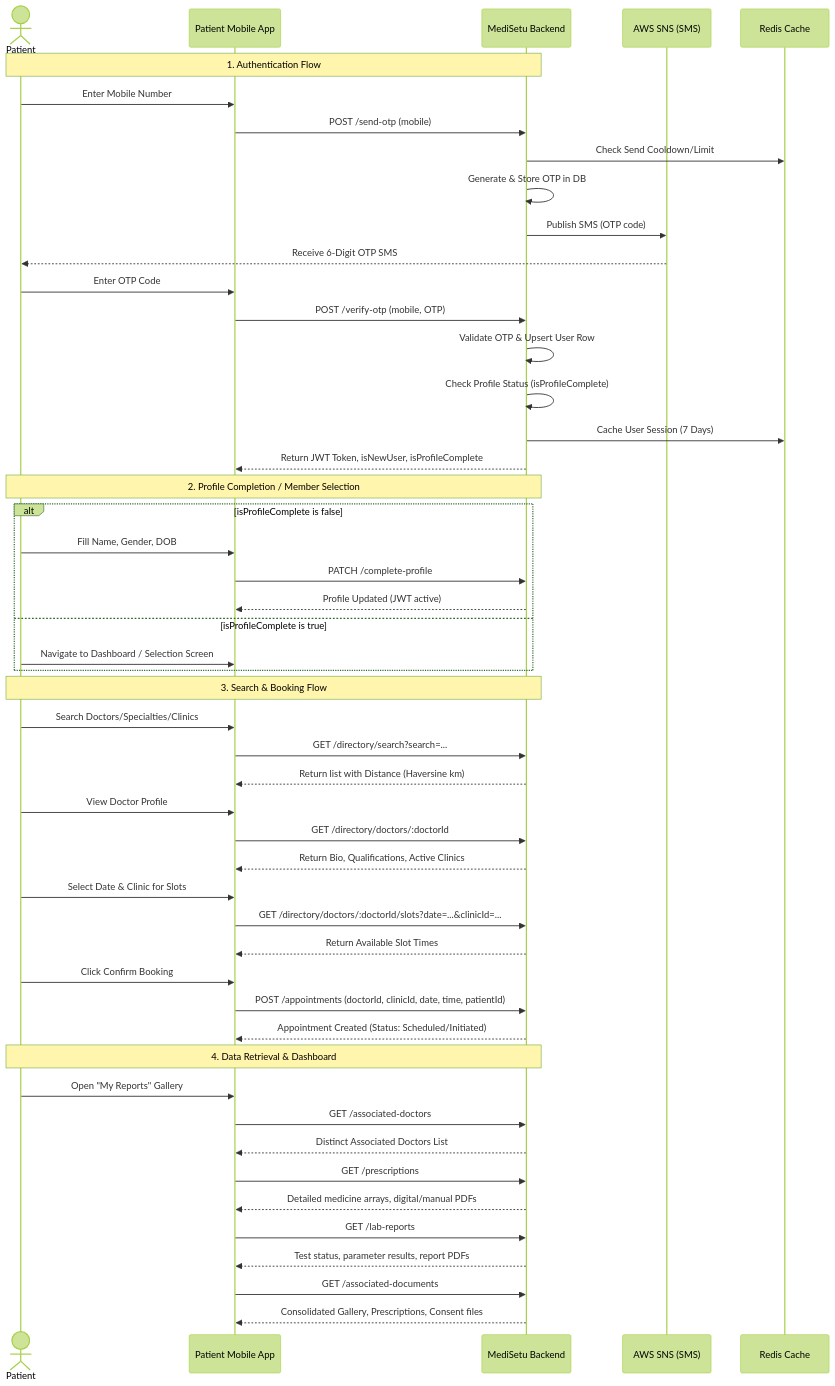
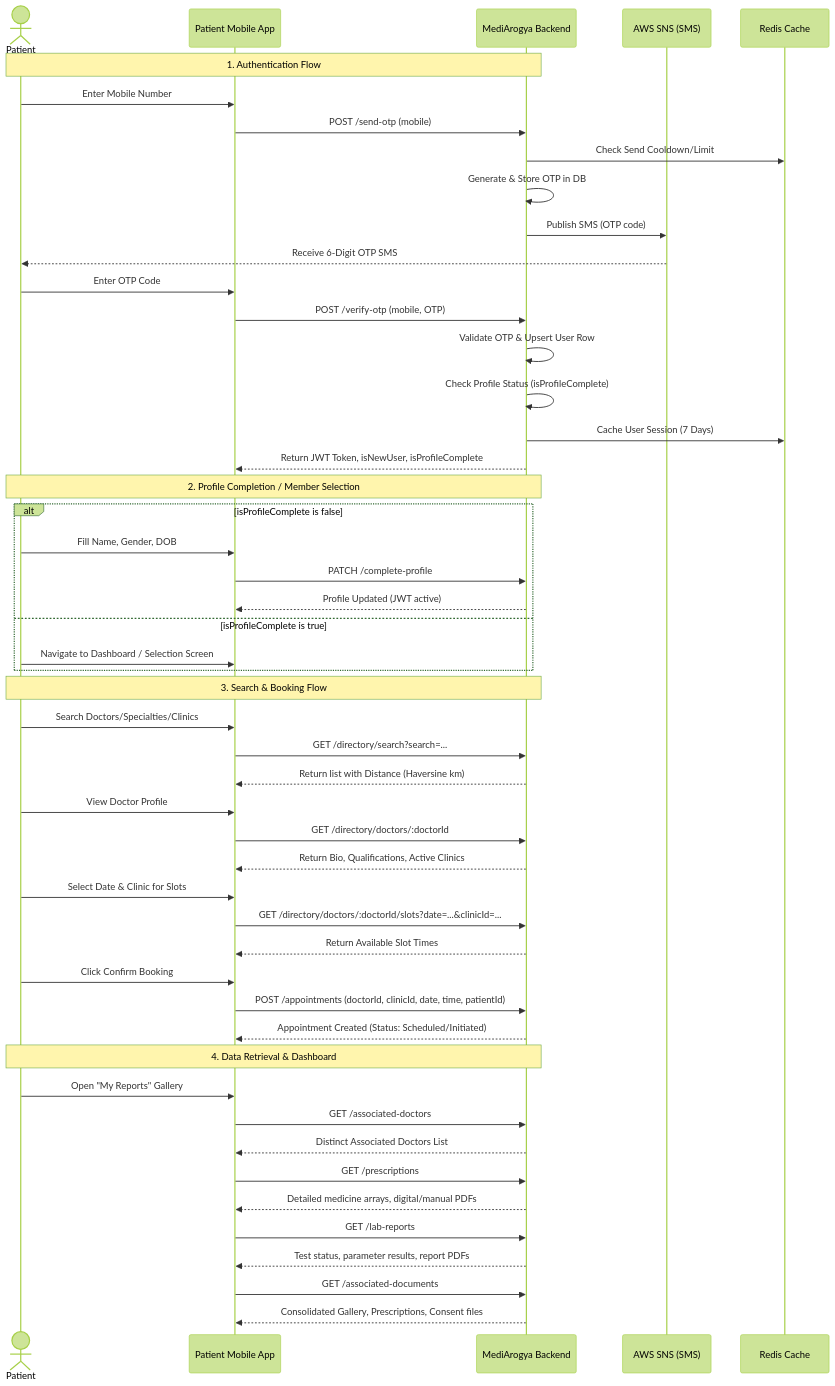
Before and after one commit to Ajaybhadoria1993/medical-backend: the diagram in docs/patient/PATIENT_FLOW_API_REFERENCE.md, drawn with Mermaid (forest theme). The commit also changed other lines of this file and 45 other files, not shown here.

````diff
--- a/docs/patient/PATIENT_FLOW_API_REFERENCE.md
+++ b/docs/patient/PATIENT_FLOW_API_REFERENCE.md
@@ -11,60 +11,60 @@
 ```mermaid
 sequenceDiagram
     actor Patient
     participant App as Patient Mobile App
-    participant BE as MediSetu Backend
+    participant BE as MediArogya Backend
     participant SNS as AWS SNS (SMS)
     participant Redis as Redis Cache
 
     %% Authentication Flow
     Note over Patient, BE: 1. Authentication Flow
     Patient->>App: Enter Mobile Number
     App->>BE: POST /send-otp (mobile)
     BE->>Redis: Check Send Cooldown/Limit
     BE->>BE: Generate & Store OTP in DB
     BE->>SNS: Publish SMS (OTP code)
     SNS-->>Patient: Receive 6-Digit OTP SMS
     Patient->>App: Enter OTP Code
     App->>BE: POST /verify-otp (mobile, OTP)
     BE->>BE: Validate OTP & Upsert User Row
     BE->>BE: Check Profile Status (isProfileComplete)
     BE->>Redis: Cache User Session (7 Days)
     BE-->>App: Return JWT Token, isNewUser, isProfileComplete
     
     %% Profile Completion Flow
     Note over Patient, BE: 2. Profile Completion / Member Selection
     alt isProfileComplete is false
         Patient->>App: Fill Name, Gender, DOB
         App->>BE: PATCH /complete-profile
         BE-->>App: Profile Updated (JWT active)
     else isProfileComplete is true
         Patient->>App: Navigate to Dashboard / Selection Screen
     end
 
     %% Directory Search & Booking Flow
     Note over Patient, BE: 3. Search & Booking Flow
     Patient->>App: Search Doctors/Specialties/Clinics
     App->>BE: GET /directory/search?search=...
     BE-->>App: Return list with Distance (Haversine km)
     Patient->>App: View Doctor Profile
     App->>BE: GET /directory/doctors/:doctorId
     BE-->>App: Return Bio, Qualifications, Active Clinics
     Patient->>App: Select Date & Clinic for Slots
     App->>BE: GET /directory/doctors/:doctorId/slots?date=...&clinicId=...
     BE-->>App: Return Available Slot Times
     Patient->>App: Click Confirm Booking
     App->>BE: POST /appointments (doctorId, clinicId, date, time, patientId)
     BE-->>App: Appointment Created (Status: Scheduled/Initiated)
 
     %% Data Retrieval Flow
     Note over Patient, BE: 4. Data Retrieval & Dashboard
     Patient->>App: Open "My Reports" Gallery
     App->>BE: GET /associated-doctors
     BE-->>App: Distinct Associated Doctors List
     App->>BE: GET /prescriptions
     BE-->>App: Detailed medicine arrays, digital/manual PDFs
     App->>BE: GET /lab-reports
     BE-->>App: Test status, parameter results, report PDFs
     App->>BE: GET /associated-documents
     BE-->>App: Consolidated Gallery, Prescriptions, Consent files
 ```
````
